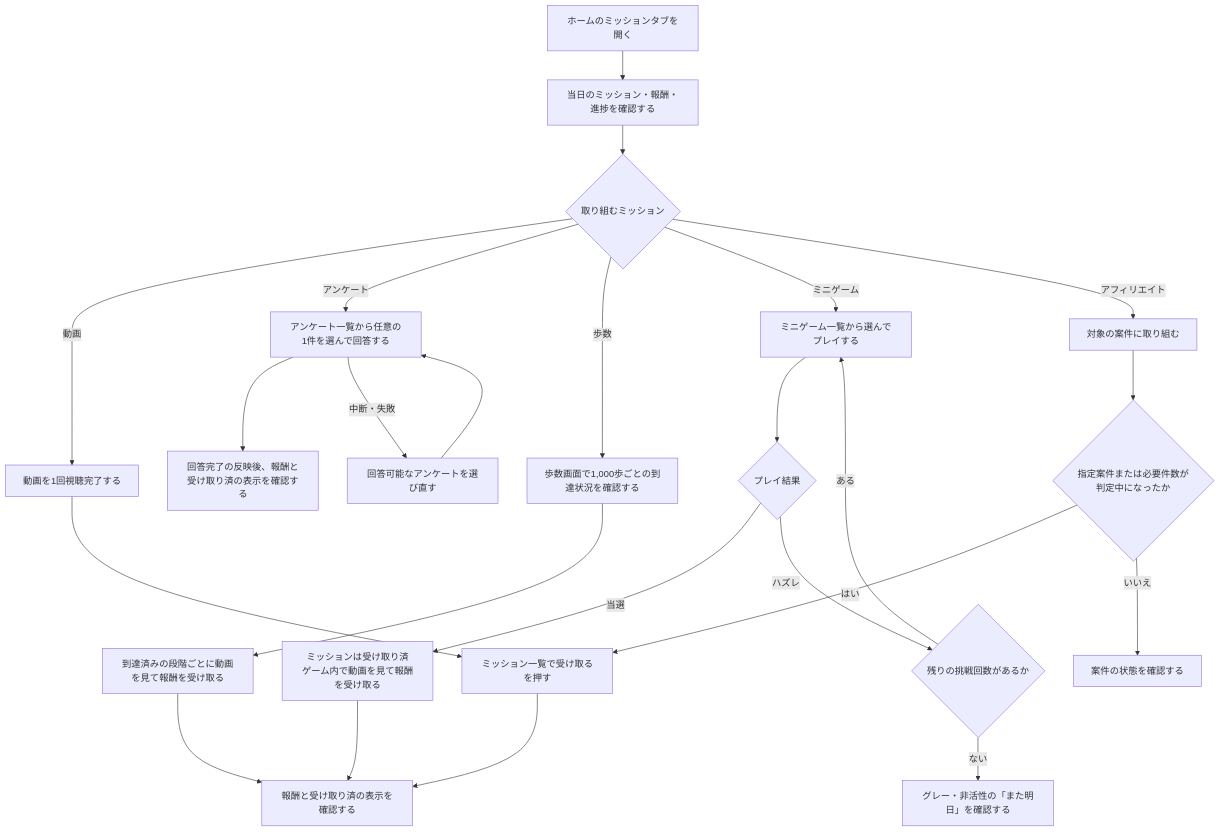
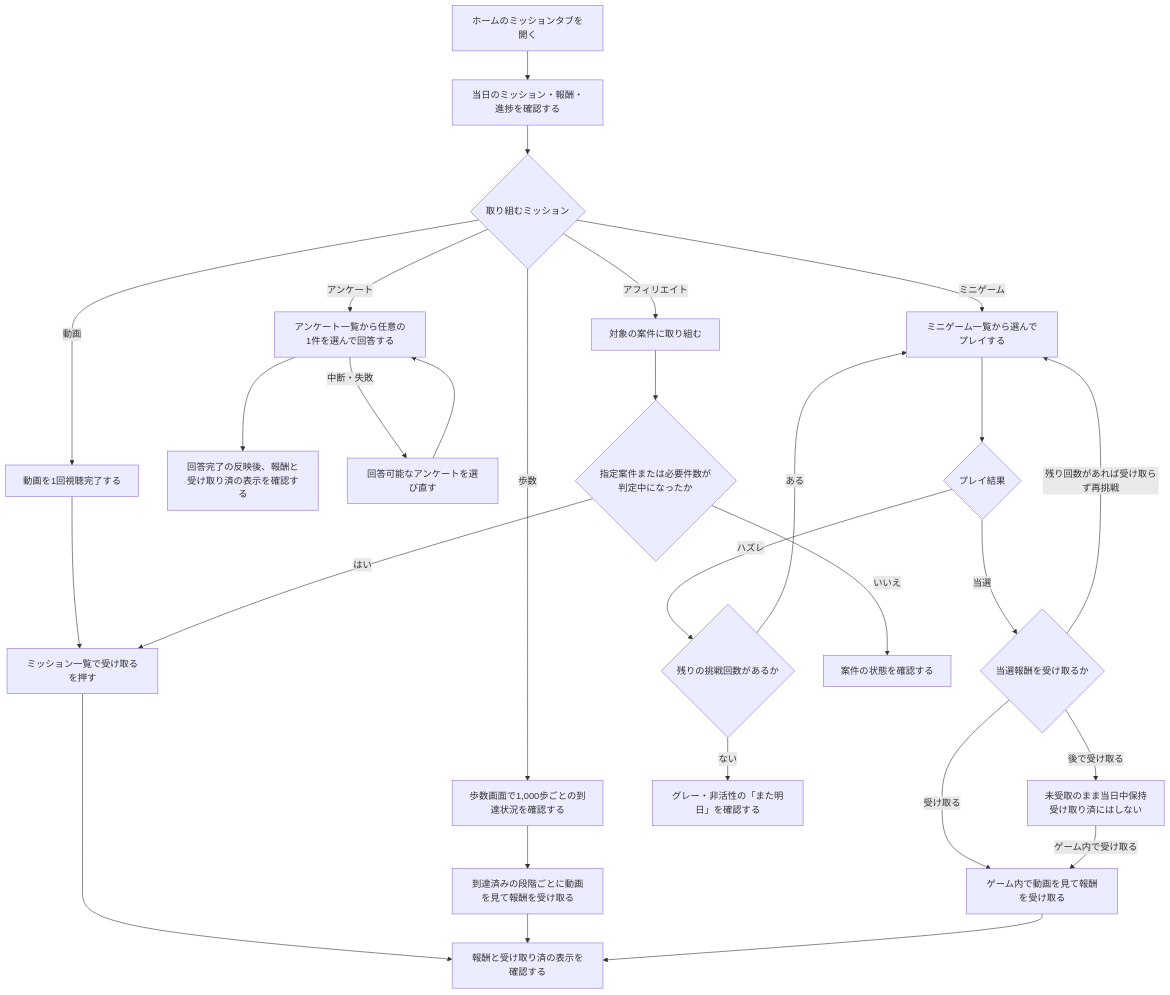
The diagram in docs/prd/features/F07-daily-mission.md (Min-Thu-Khant/pochipo-mock-en), drawn with Mermaid before and after one commit. The commit also changed other lines of this file, not shown here.

````diff
--- a/docs/prd/features/F07-daily-mission.md
+++ b/docs/prd/features/F07-daily-mission.md
@@ -53,26 +53,30 @@
 ```mermaid
 flowchart TD
   A["ホームのミッションタブを開く"] --> B["当日のミッション・報酬・進捗を確認する"]
   B --> C{"取り組むミッション"}
   C -->|動画| V["動画を1回視聴完了する"]
   V --> H["ミッション一覧で受け取るを押す"]
   H --> I["報酬と受け取り済の表示を確認する"]
   C -->|アンケート| D["アンケート一覧から任意の1件を選んで回答する"]
   D --> E["回答完了の反映後、報酬と受け取り済の表示を確認する"]
   D -->|中断・失敗| K["回答可能なアンケートを選び直す"]
   K --> D
   C -->|歩数| W["歩数画面で1,000歩ごとの到達状況を確認する"]
   W --> WR["到達済みの段階ごとに動画を見て報酬を受け取る"]
   WR --> I
   C -->|ミニゲーム| L["ミニゲーム一覧から選んでプレイする"]
   L --> R{"プレイ結果"}
-  R -->|当選| M["ミッションは受け取り済<br/>ゲーム内で動画を見て報酬を受け取る"]
+  R -->|当選| CHOICE{"当選報酬を受け取るか"}
+  CHOICE -->|受け取る| M["ゲーム内で動画を見て報酬を受け取る"]
+  CHOICE -->|残り回数があれば受け取らず再挑戦| L
+  CHOICE -->|後で受け取る| HOLD["未受取のまま当日中保持<br/>受け取り済にはしない"]
+  HOLD -->|ゲーム内で受け取る| M
   M --> I
   R -->|ハズレ| RETRY{"残りの挑戦回数があるか"}
   RETRY -->|ある| L
   RETRY -->|ない| Z["グレー・非活性の「また明日」を確認する"]
   C -->|アフィリエイト| F["対象の案件に取り組む"]
   F --> G{"指定案件または必要件数が判定中になったか"}
   G -->|はい| H
   G -->|いいえ| J["案件の状態を確認する"]
 ```
````
